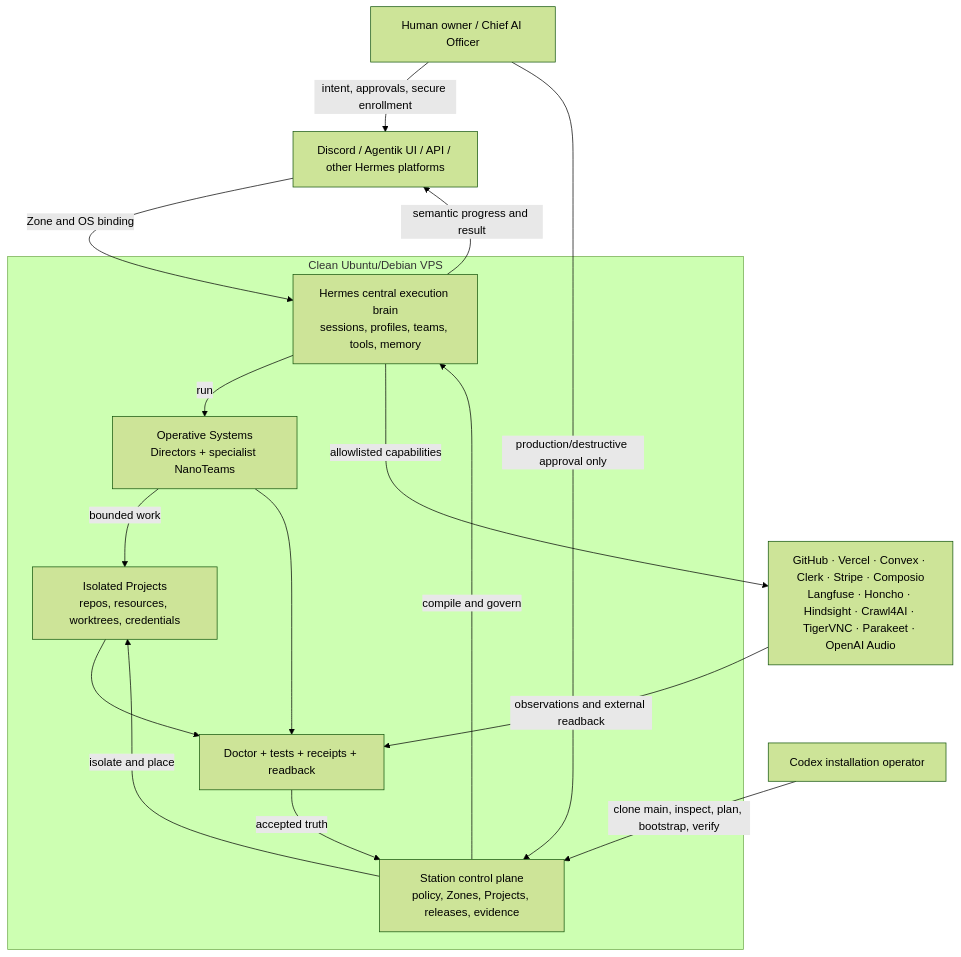
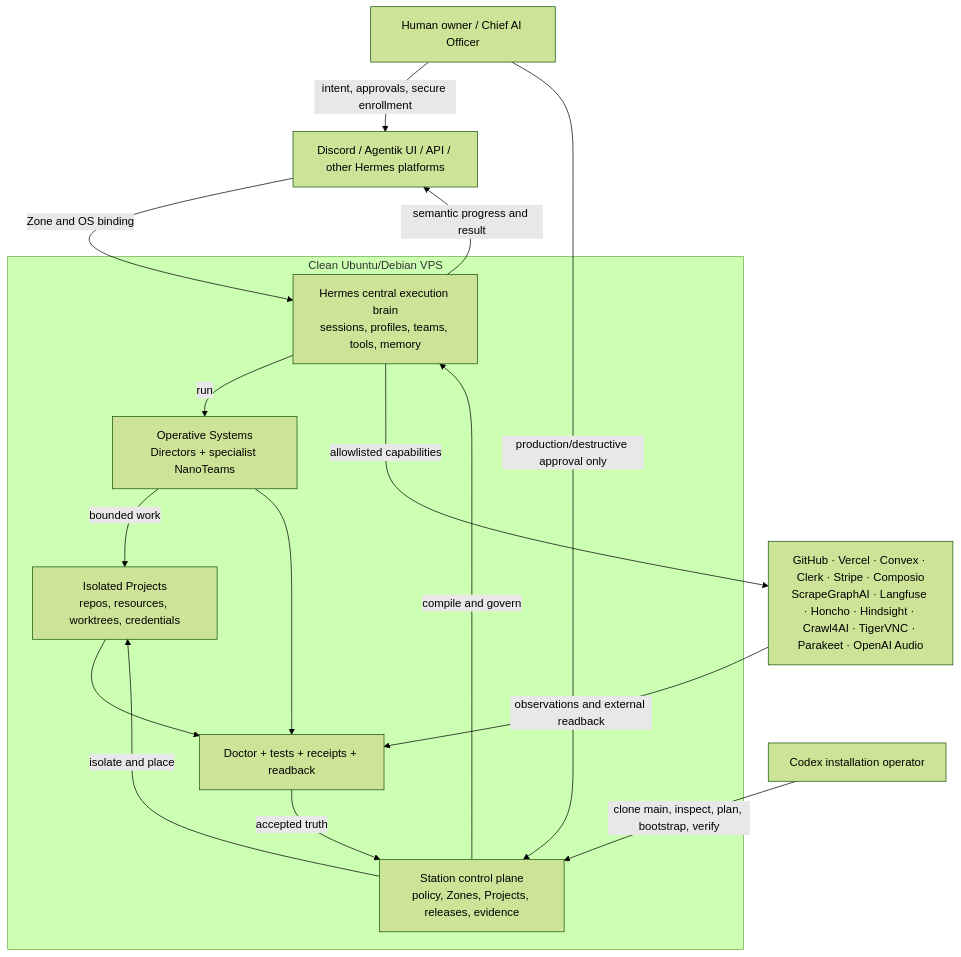
One commit to agentik-os/agentik-station changed the diagram in docs/diagrams/14_CHIEF_AI_OFFICER_AIOS_VPS.mmd. Above: the diagram before and after it, drawn with Mermaid (forest theme). The commit also changed 38 other files, not shown here.

Commit message:
fix: complete governed Crawl4AI and ScrapeGraphAI integration

```diff
--- a/docs/diagrams/14_CHIEF_AI_OFFICER_AIOS_VPS.mmd
+++ b/docs/diagrams/14_CHIEF_AI_OFFICER_AIOS_VPS.mmd
@@ -1,26 +1,26 @@
 flowchart TB
     OWNER[Human owner / Chief AI Officer] -->|intent, approvals, secure enrollment| UX
     CODEX[Codex installation operator] -->|clone main, inspect, plan, bootstrap, verify| STATION
 
     subgraph VPS[Clean Ubuntu/Debian VPS]
         STATION[Station control plane<br/>policy, Zones, Projects, releases, evidence]
         HERMES[Hermes central execution brain<br/>sessions, profiles, teams, tools, memory]
         OS[Operative Systems<br/>Directors + specialist NanoTeams]
         PROJECTS[Isolated Projects<br/>repos, resources, worktrees, credentials]
         PROOF[Doctor + tests + receipts + readback]
 
         STATION -->|compile and govern| HERMES
         STATION -->|isolate and place| PROJECTS
         HERMES -->|run| OS
         OS -->|bounded work| PROJECTS
         PROJECTS --> PROOF
         OS --> PROOF
         PROOF -->|accepted truth| STATION
     end
 
     UX[Discord / Agentik UI / API / other Hermes platforms] -->|Zone and OS binding| HERMES
     HERMES -->|semantic progress and result| UX
     HERMES -->|allowlisted capabilities| TOOLS
-    TOOLS[GitHub · Vercel · Convex · Clerk · Stripe · Composio<br/>Langfuse · Honcho · Hindsight · Crawl4AI · TigerVNC · Parakeet · OpenAI Audio]
+    TOOLS[GitHub · Vercel · Convex · Clerk · Stripe · Composio<br/>ScrapeGraphAI · Langfuse · Honcho · Hindsight · Crawl4AI · TigerVNC · Parakeet · OpenAI Audio]
     TOOLS -->|observations and external readback| PROOF
     OWNER -->|production/destructive approval only| STATION
```
